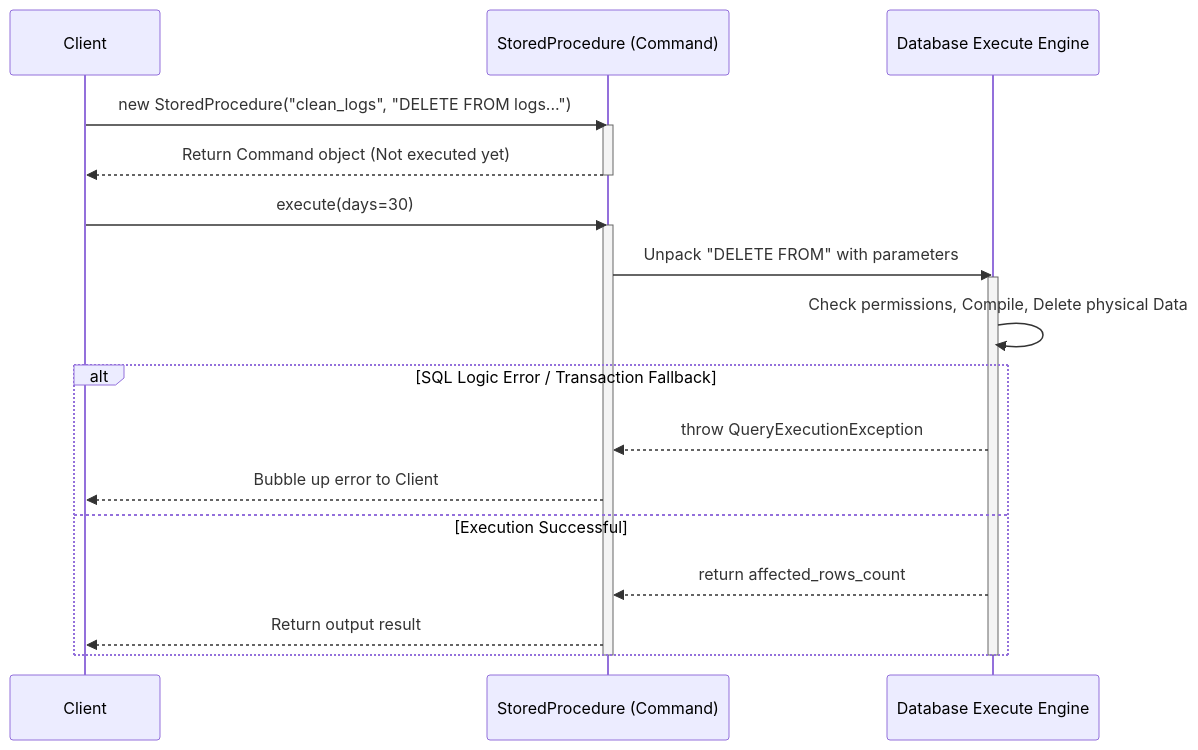
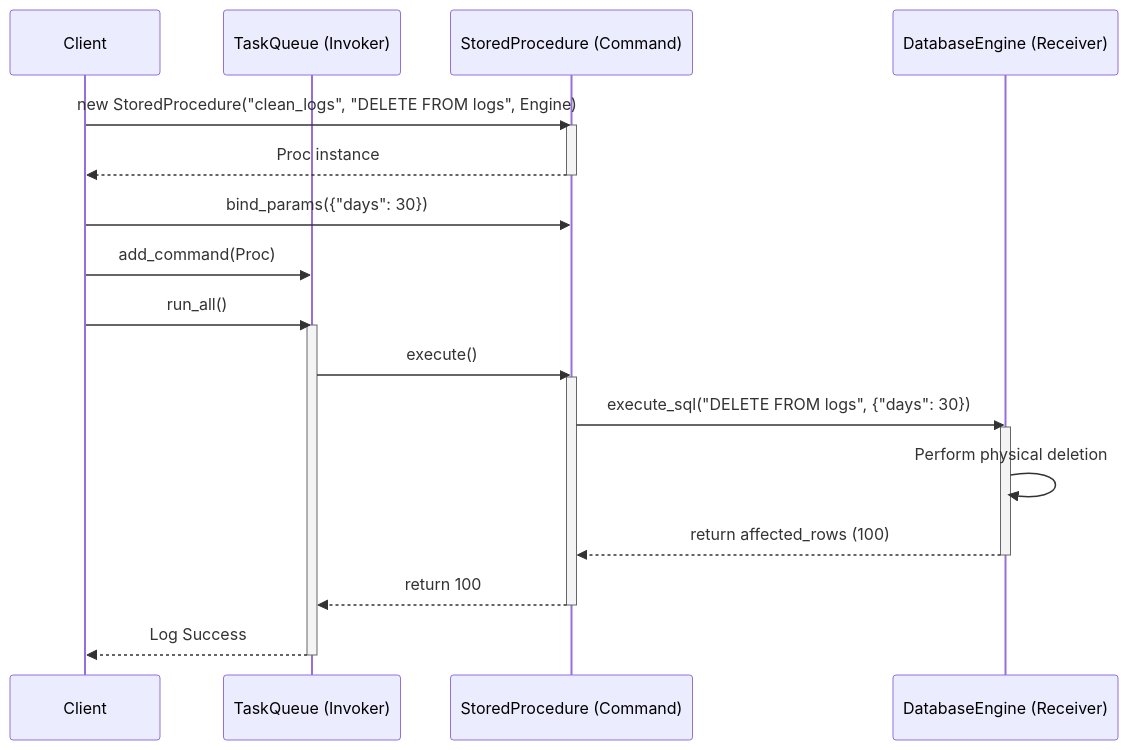
Diagram 26 of 30 in docs/readme.md (Ricky13170/bbv_DBMS), drawn with Mermaid before and after one commit. The commit also changed other lines of this file, not shown here.

````diff
--- a/docs/readme.md
+++ b/docs/readme.md
@@ -1173,32 +1432,35 @@
 ```mermaid
 sequenceDiagram
     participant Client
+    participant Invoker as TaskQueue (Invoker)
     participant Proc as StoredProcedure (Command)
-    participant Engine as Database Execute Engine
+    participant Engine as DatabaseEngine (Receiver)
     
-    %% Encapsulate logic into static form
-    Client->>Proc: new StoredProcedure("clean_logs", "DELETE FROM logs...")
+    %% Phase 1: Setup and Parameter Binding
+    Client->>Proc: new StoredProcedure("clean_logs", "DELETE FROM logs", Engine)
     activate Proc
-    Proc-->>Client: Return Command object (Not executed yet)
+    Proc-->>Client: Proc instance
     deactivate Proc
     
-    %% Trigger command execution
-    Client->>Proc: execute(days=30)
+    Client->>Proc: bind_params({"days": 30})
+    
+    %% Phase 2: Deferred Execution via Invoker
+    Client->>Invoker: add_command(Proc)
+    Client->>Invoker: run_all()
+    activate Invoker
+    
+    Invoker->>Proc: execute()
     activate Proc
-    Proc->>Engine: Unpack "DELETE FROM" with parameters
+    
+    %% Phase 3: Receiver Execution
+    Proc->>Engine: execute_sql("DELETE FROM logs", {"days": 30})
     activate Engine
+    Engine->>Engine: Perform physical deletion
+    Engine-->>Proc: return affected_rows (100)
+    deactivate Engine
     
-    %% Execute Engine handles 100% physical workload
-    Engine->>Engine: Check permissions, Compile, Delete physical Data
-    
-    alt SQL Logic Error / Transaction Fallback
-        Engine-->>Proc: throw QueryExecutionException
-        Proc-->>Client: Bubble up error to Client
-    else Execution Successful
-        Engine-->>Proc: return affected_rows_count
-        Proc-->>Client: Return output result
-    end
-    
-    deactivate Engine
+    Proc-->>Invoker: return 100
     deactivate Proc
+    Invoker-->>Client: Log Success
+    deactivate Invoker
 ```
````
